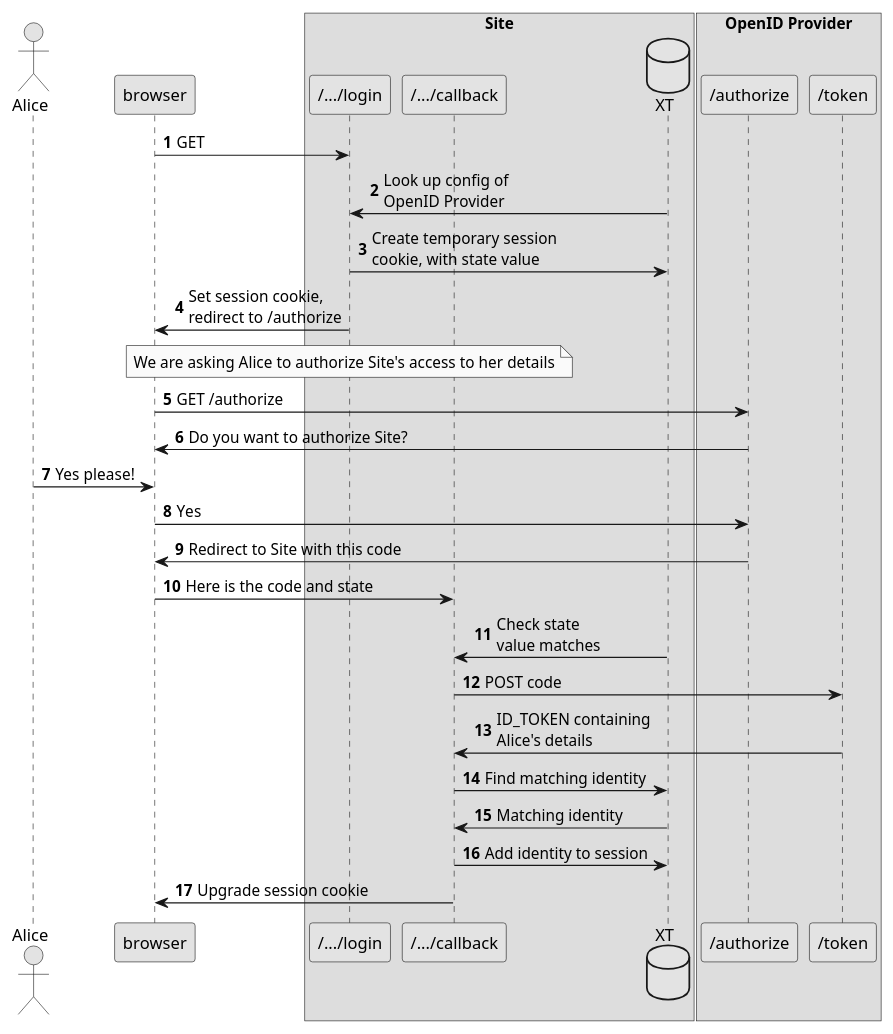
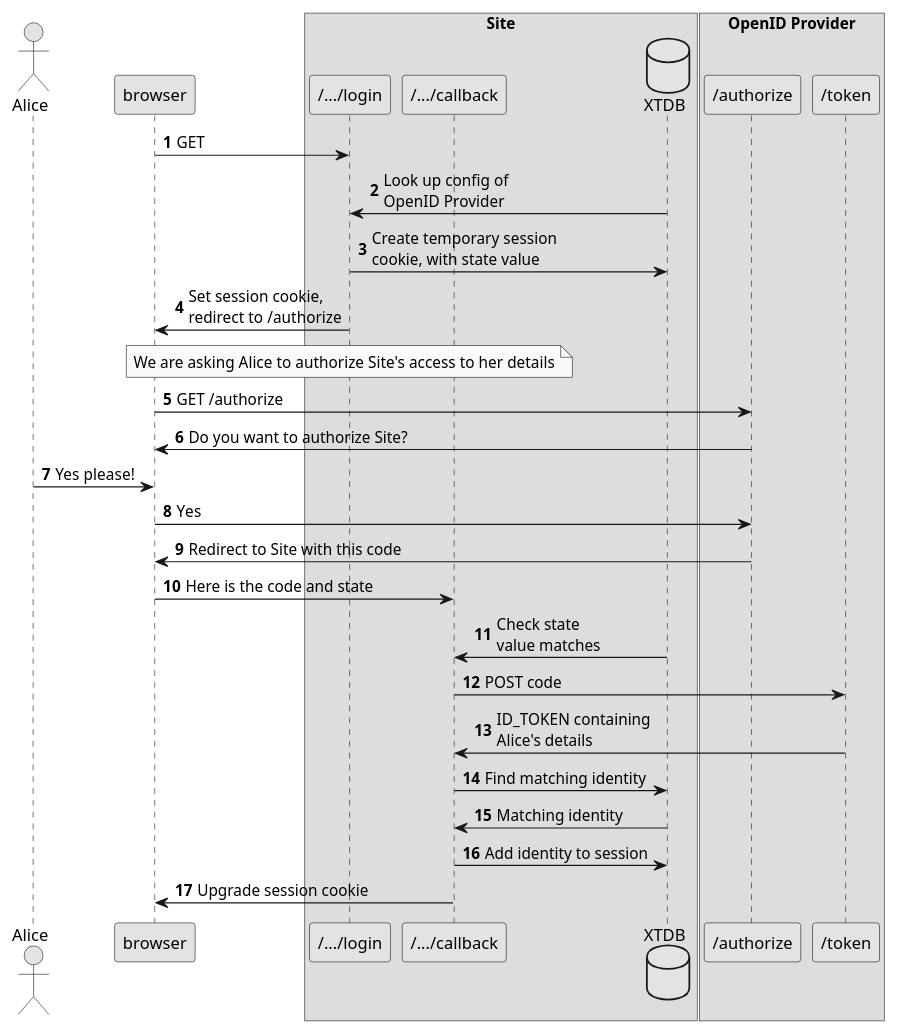
Before and after one commit to juxt/site: the diagram in doc/next/AuthenticationWithOpenID.adoc, drawn with PlantUML. The commit also changed 5 other files, not shown here.

```diff
--- a/doc/next/AuthenticationWithOpenID.adoc
+++ b/doc/next/AuthenticationWithOpenID.adoc
@@ -35,38 +35,38 @@
 [plantuml,authentication-flow,svg]
 ....
 skinparam monochrome true
 autonumber
 
 actor Alice as user
 participant browser
 
 box Site
 participant "/.../login" as login
 participant "/.../callback" as callback
-database XT
+database XTDB
 end box
 
 box "OpenID Provider"
 participant "/authorize" as auth
 participant "/token" as token
 End box
 
 browser -> login: GET
-login <- XT: Look up config of\nOpenID Provider
-login -> XT: Create temporary session\ncookie, with state value
+login <- XTDB: Look up config of\nOpenID Provider
+login -> XTDB: Create temporary session\ncookie, with state value
 login -> browser: Set session cookie,\nredirect to /authorize
 note over login: We are asking Alice to authorize Site's access to her details
 browser -> auth: GET /authorize
 auth -> browser: Do you want to authorize Site?
 user -> browser: Yes please!
 browser -> auth: Yes
 auth -> browser: Redirect to Site with this code
 browser -> callback: Here is the code and state
-callback <- XT: Check state\nvalue matches
+callback <- XTDB: Check state\nvalue matches
 callback -> token: POST code
 token -> callback: ID_TOKEN containing\nAlice's details
-callback -> XT: Find matching identity
-XT -> callback: Matching identity
-callback -> XT: Add identity to session
+callback -> XTDB: Find matching identity
+XTDB -> callback: Matching identity
+callback -> XTDB: Add identity to session
 callback -> browser: Upgrade session cookie
 ....
```
